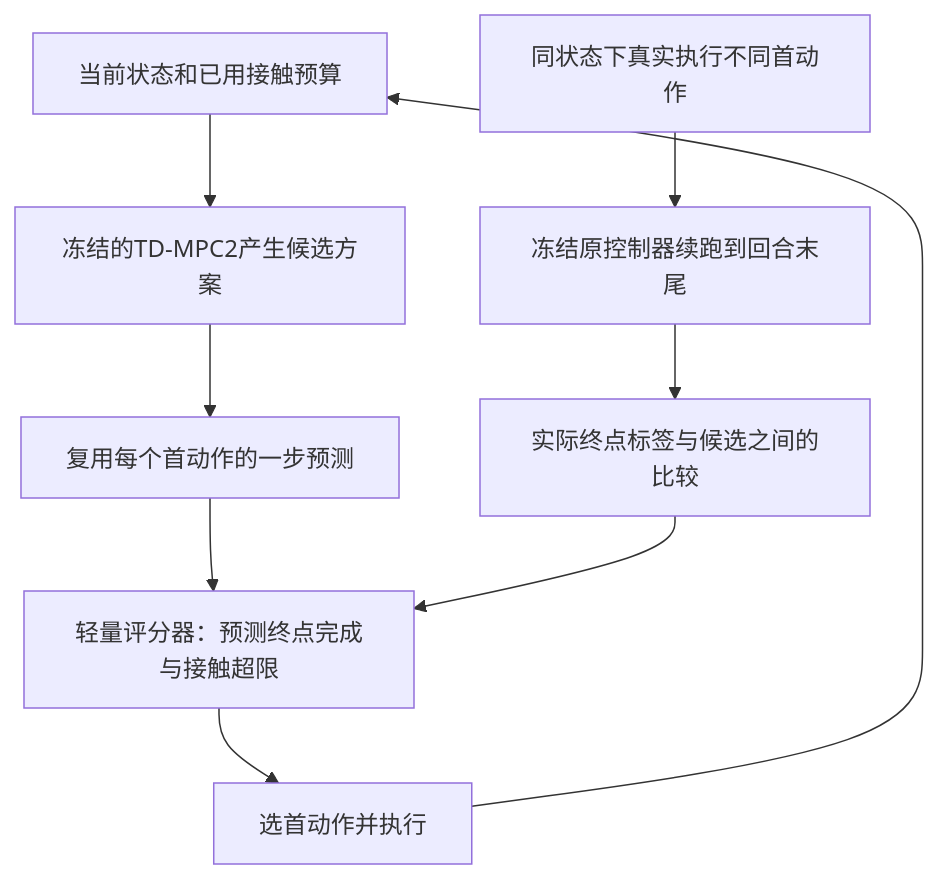
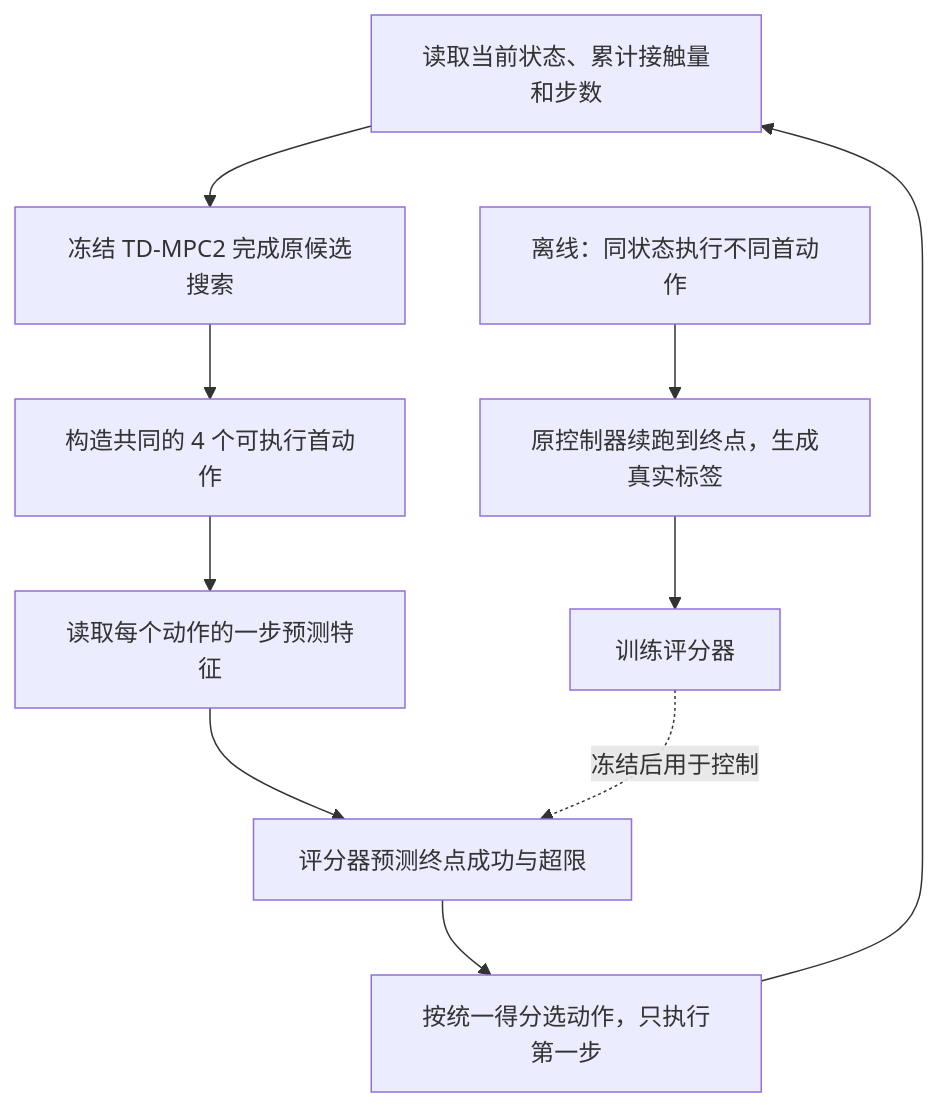
Before and after one commit to Pendragon08/hab-contact-aware-world-model: the diagram in refine-logs/FINAL_PROPOSAL.md, drawn with Mermaid. The commit also changed other lines of this file, not shown here.

Commit message:
docs: restructure candidate outcome research proposal into an execution roadmap

````diff
--- a/refine-logs/FINAL_PROPOSAL.md
+++ b/refine-logs/FINAL_PROPOSAL.md
@@ -56,11 +88,12 @@
 ```mermaid
 flowchart TD
-    A[当前状态和已用接触预算] --> B[冻结的TD-MPC2产生候选方案]
-    B --> C[复用每个首动作的一步预测]
-    C --> D[轻量评分器：预测终点完成与接触超限]
-    D --> E[选首动作并执行]
-    E --> A
-    F[同状态下真实执行不同首动作] --> G[冻结原控制器续跑到回合末尾]
-    G --> H[实际终点标签与候选之间的比较]
-    H --> D
+    A[读取当前状态、累计接触量和步数] --> B[冻结 TD-MPC2 完成原候选搜索]
+    B --> C[构造共同的 4 个可执行首动作]
+    C --> D[读取每个动作的一步预测特征]
+    D --> E[评分器预测终点成功与超限]
+    E --> F[按统一得分选动作，只执行第一步]
+    F --> A
+    G[离线：同状态执行不同首动作] --> H[原控制器续跑到终点，生成真实标签]
+    H --> I[训练评分器]
+    I -.冻结后用于控制.-> E
 ```
````
